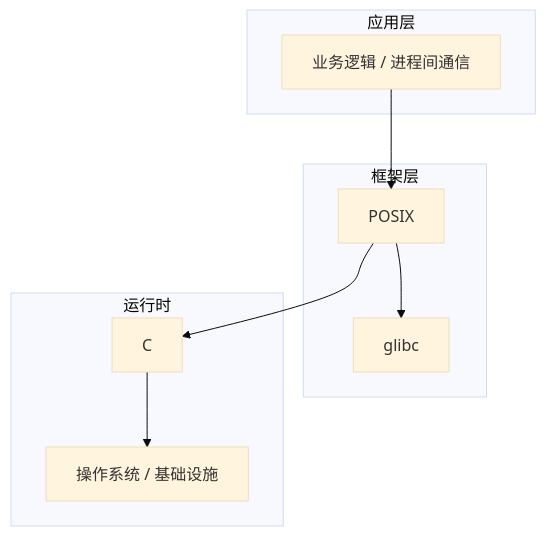
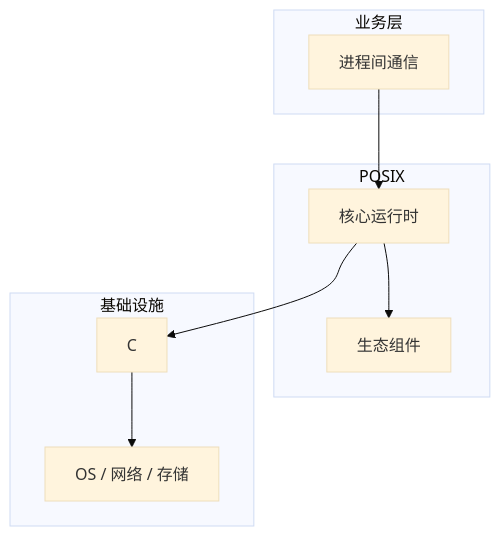
Before and after one commit to yanggan2015/knowledge-json-v2: the diagram in articles/Linux系统编程/chapters/037-进程间通信核心概念与原理.md, drawn with Mermaid (base theme). The commit also changed other lines of this file and 10127 other files, not shown here.

````diff
--- a/articles/Linux系统编程/chapters/037-进程间通信核心概念与原理.md
+++ b/articles/Linux系统编程/chapters/037-进程间通信核心概念与原理.md
@@ -45,18 +34,18 @@
 ```mermaid
 graph TB
-    subgraph 应用层
-        A[业务逻辑 / 进程间通信]
+    subgraph 业务层
+        A[进程间通信]
     end
-    subgraph 框架层
-        B[POSIX]
-        C[glibc]
+    subgraph POSIX
+        B[核心运行时]
+        C[生态组件]
     end
-    subgraph 运行时
+    subgraph 基础设施
         D[C]
-        E[操作系统 / 基础设施]
+        E[OS / 网络 / 存储]
     end
     A --> B
     B --> C
     B --> D
     D --> E
 ```
````
